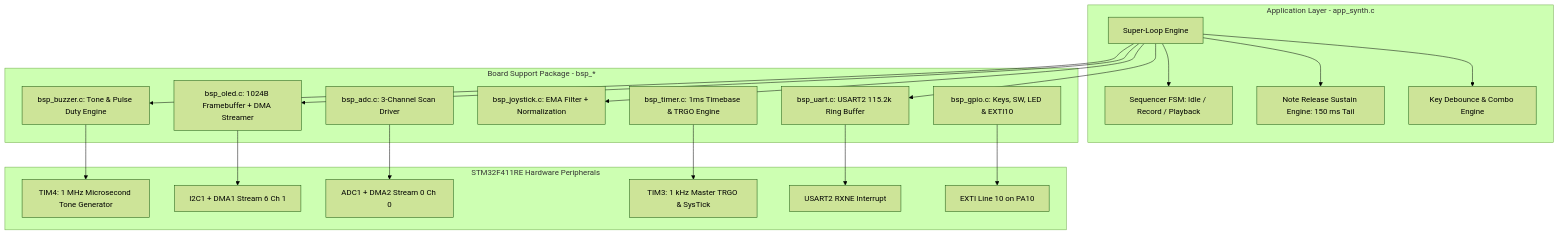
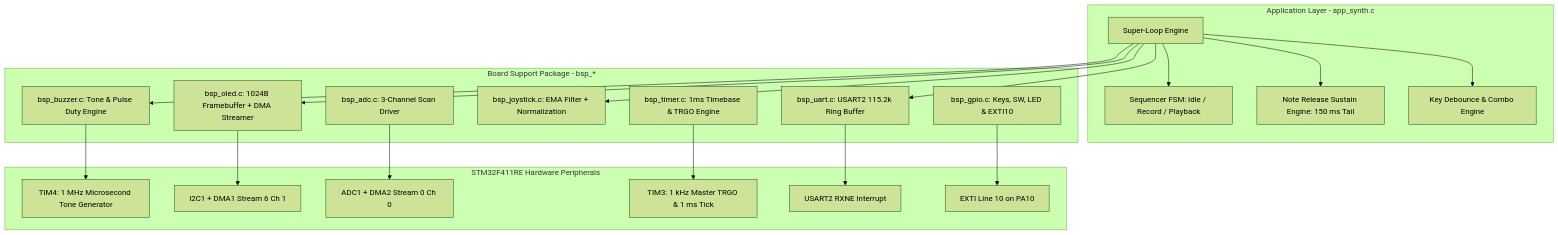
The diagram in README.md (peerapas-sr/STM32f411-synthesizer), drawn with Mermaid (forest theme) before and after one commit. The commit also changed other lines of this file and 17 other files, not shown here.

````diff
--- a/README.md
+++ b/README.md
@@ -40,43 +40,43 @@
 ```mermaid
 graph TD
     subgraph Application_Layer [Application Layer - app_synth.c]
         MainLoop[Super-Loop Engine]
         SeqFSM[Sequencer FSM: Idle / Record / Playback]
         SustainEng[Note Release Sustain Engine: 150 ms Tail]
         KeyDebounce[Key Debounce & Combo Engine]
     end
 
     subgraph BSP_Drivers [Board Support Package - bsp_*]
         BSP_Buzzer[bsp_buzzer.c: Tone & Pulse Duty Engine]
         BSP_OLED[bsp_oled.c: 1024B Framebuffer + DMA Streamer]
         BSP_ADC[bsp_adc.c: 3-Channel Scan Driver]
         BSP_Joy[bsp_joystick.c: EMA Filter + Normalization]
         BSP_UART[bsp_uart.c: USART2 115.2k Ring Buffer]
         BSP_Timer[bsp_timer.c: 1ms Timebase & TRGO Engine]
         BSP_GPIO[bsp_gpio.c: Keys, SW, LED & EXTI10]
     end
 
     subgraph STM32F411_Hardware [STM32F411RE Hardware Peripherals]
         TIM4[TIM4: 1 MHz Microsecond Tone Generator]
         I2C1_DMA1[I2C1 + DMA1 Stream 6 Ch 1]
         ADC1_DMA2[ADC1 + DMA2 Stream 0 Ch 0]
-        TIM3[TIM3: 1 kHz Master TRGO & SysTick]
+        TIM3[TIM3: 1 kHz Master TRGO & 1 ms Tick]
         USART2[USART2 RXNE Interrupt]
         EXTI10[EXTI Line 10 on PA10]
     end
 
     MainLoop --> SeqFSM
     MainLoop --> SustainEng
     MainLoop --> KeyDebounce
     MainLoop --> BSP_OLED
     MainLoop --> BSP_Buzzer
     MainLoop --> BSP_Joy
     MainLoop --> BSP_UART
 
     BSP_Buzzer --> TIM4
     BSP_OLED --> I2C1_DMA1
     BSP_ADC --> ADC1_DMA2
     BSP_Timer --> TIM3
     BSP_UART --> USART2
     BSP_GPIO --> EXTI10
 ```
````
